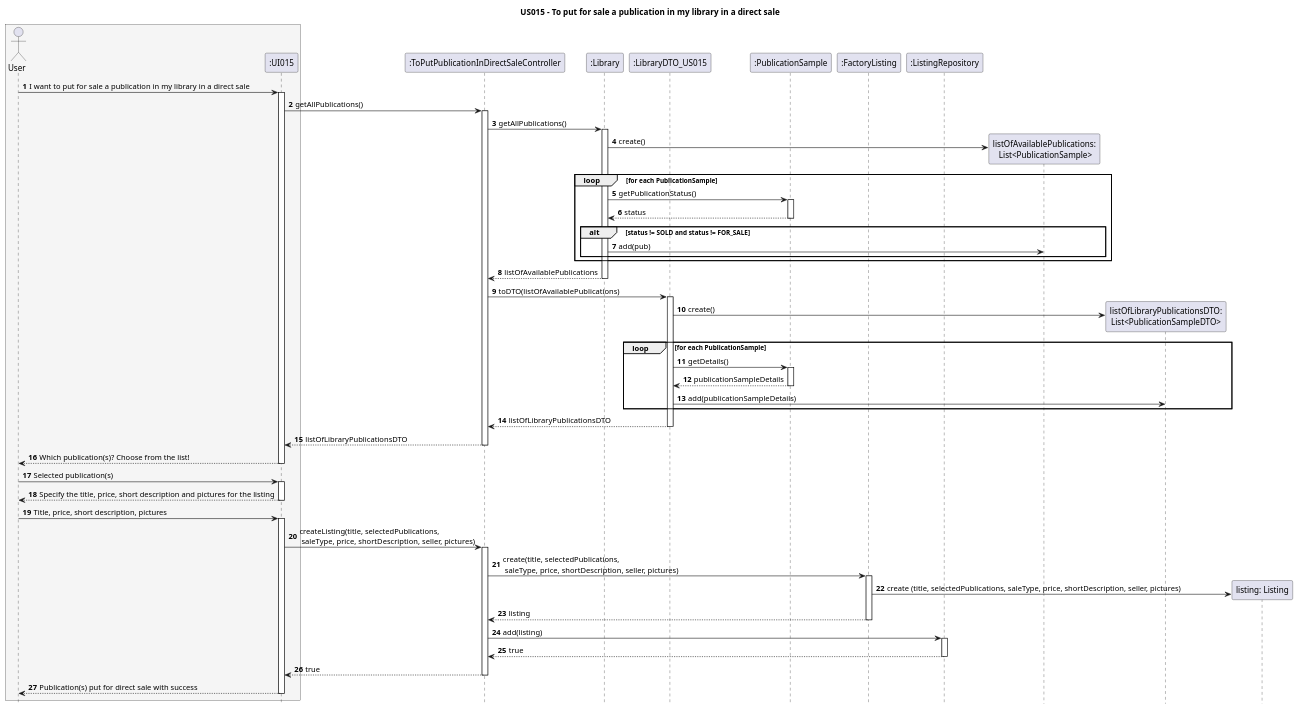
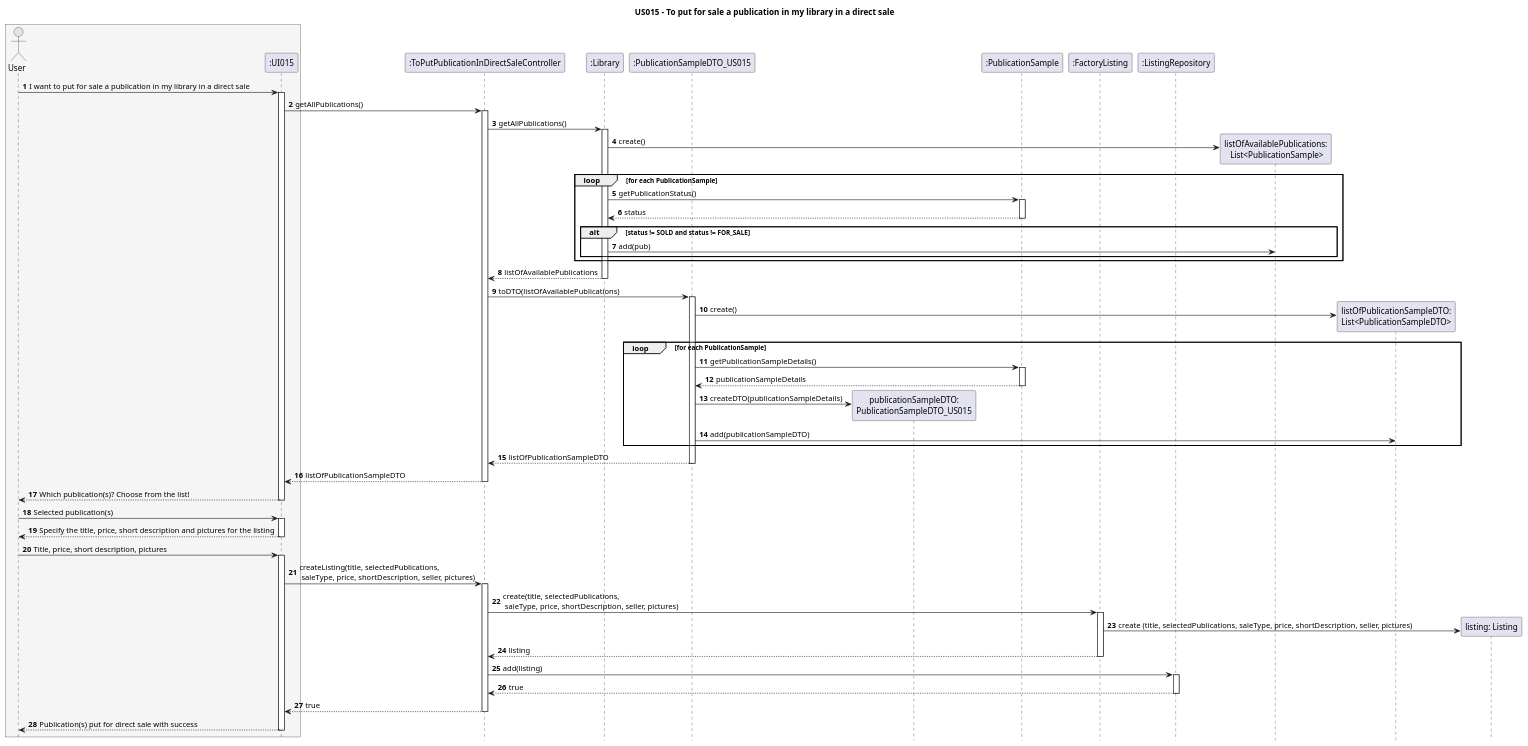
One commit to AndrePereiraGitH/SWitCH-Project-Team_A changed the diagram in Diagrams/SequenceDiagrams/N2/US015-to-put-for-a-sale-a-publication-in-my-library-in-a-direct-sale.puml. Above: the diagram before and after it, drawn with PlantUML.

Commit message:
Working on #195, minor alterations on SD of US015

```diff
--- a/Diagrams/SequenceDiagrams/N2/US015-to-put-for-a-sale-a-publication-in-my-library-in-a-direct-sale.puml
+++ b/Diagrams/SequenceDiagrams/N2/US015-to-put-for-a-sale-a-publication-in-my-library-in-a-direct-sale.puml
@@ -1,86 +1,88 @@
 @startuml
 autonumber
 hide footbox
 title US015 - To put for sale a publication in my library in a direct sale
 
 box #whitesmoke
 actor User
 participant ":UI015" as UI
 end box
 
 participant ":ToPutPublicationInDirectSaleController" as Ctrl
 participant ":Library" as Lib
-participant ":LibraryDTO_US015" as DTO
+participant ":PublicationSampleDTO_US015" as DTO
+participant "publicationSampleDTO:\nPublicationSampleDTO_US015" as DTO_O
 participant ":PublicationSample" as Pub
 participant ":FactoryListing" as LFactory
 participant ":ListingRepository" as LRepo
 
 User -> UI : I want to put for sale a publication in my library in a direct sale
 activate UI
 UI -> Ctrl: getAllPublications()
 activate Ctrl
 Ctrl-> Lib : getAllPublications()
 activate Lib
 create "listOfAvailablePublications:\n List<PublicationSample>" as LP
 Lib -> LP : create()
     loop for each PublicationSample
         Lib -> Pub : getPublicationStatus()
         activate Pub
         Pub --> Lib : status
         deactivate Pub
         alt status != SOLD and status != FOR_SALE
             Lib -> LP : add(pub)
         end
     end
 Lib --> Ctrl: listOfAvailablePublications
 deactivate Lib
 
 Ctrl-> DTO : toDTO(listOfAvailablePublications)
 activate DTO
 
-create "listOfLibraryPublicationsDTO:\nList<PublicationSampleDTO>" as listDTO
+create "listOfPublicationSampleDTO:\nList<PublicationSampleDTO>" as listDTO
 DTO -> listDTO : create()
     loop for each PublicationSample
-        DTO -> Pub : getDetails()
+        DTO -> Pub : getPublicationSampleDetails()
         activate Pub
         Pub --> DTO : publicationSampleDetails
         deactivate Pub
-        DTO -> listDTO : add(publicationSampleDetails)
+        DTO -> DTO_O ** : createDTO(publicationSampleDetails)
+        DTO -> listDTO : add(publicationSampleDTO)
     end
-DTO --> Ctrl: listOfLibraryPublicationsDTO
+DTO --> Ctrl: listOfPublicationSampleDTO
 deactivate DTO
-Ctrl--> UI : listOfLibraryPublicationsDTO
+Ctrl--> UI : listOfPublicationSampleDTO
 deactivate Ctrl
 
 UI --> User : Which publication(s)? Choose from the list!
 deactivate UI
 
 User -> UI : Selected publication(s)
 activate UI
 UI --> User : Specify the title, price, short description and pictures for the listing
 deactivate UI
 
 User -> UI : Title, price, short description, pictures
 activate UI
 
 UI -> Ctrl: createListing(title, selectedPublications,\n saleType, price, shortDescription, seller, pictures)
 activate Ctrl
 Ctrl-> LFactory : create(title, selectedPublications,\n saleType, price, shortDescription, seller, pictures)
 activate LFactory
 
 create "listing: Listing" as listing
 LFactory -> listing : create (title, selectedPublications, saleType, price, shortDescription, seller, pictures)
 LFactory --> Ctrl : listing
 deactivate LFactory
 Ctrl -> LRepo: add(listing)
 activate LRepo
 LRepo --> Ctrl: true
 deactivate LRepo
 
 Ctrl--> UI: true
 deactivate Ctrl
 
 UI --> User : Publication(s) put for direct sale with success
 deactivate UI
 
 @enduml
```
